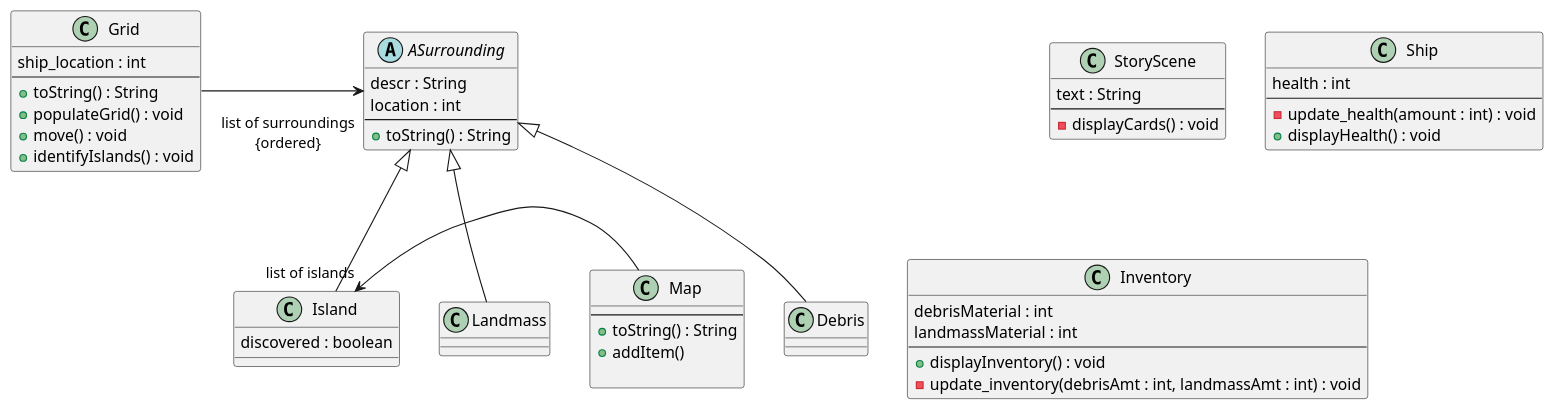
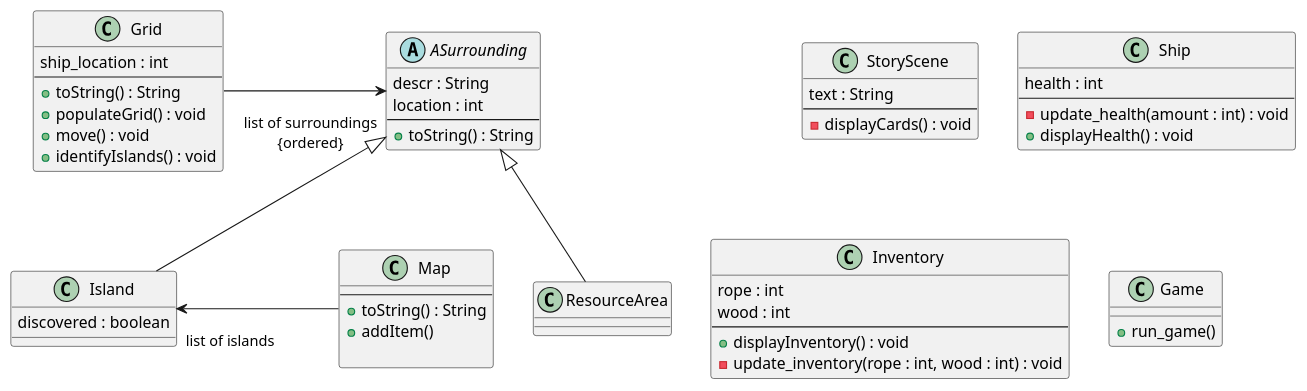
One commit to emutchek/MaraudersAtSea changed the diagram in CMPU_203_PirateGame/doc/design.md. Above: the diagram before and after it, drawn with PlantUML. The commit also changed other lines of this file and 1 other file, not shown here.

````diff
--- a/CMPU_203_PirateGame/doc/design.md
+++ b/CMPU_203_PirateGame/doc/design.md
@@ -1,60 +1,61 @@
 ```PlantUML
 @startuml
 
 class Grid {
     ship_location : int
     --
     +toString() : String
     +populateGrid() : void
     +move() : void
     +identifyIslands() : void
 }
 Grid ->  "\nlist of surroundings\n{ordered}" ASurrounding : \t\t\t\t
 
 abstract class ASurrounding {
     descr : String
     location : int 
     --
     +toString() : String
 }
 ASurrounding <|-- Island
-ASurrounding <|-- Landmass
-ASurrounding <|-- Debris
+ASurrounding <|-- ResourceArea
 
-class Landmass {}
-class Debris {}
+class ResourceArea {}
 class Island {
     discovered : boolean
 }
-
 
 class Map {
 --
     +toString() : String
     +addItem() 
 
 }
 Map ->  "\nlist of islands" Island : \t\t\t\t
 
 class StoryScene {
     text : String
     --
     -displayCards() : void
 }
 
 class Ship {
     health : int
     --
     -update_health(amount : int) : void
     +displayHealth() : void
 }
 
 class Inventory {
-    debrisMaterial : int
-    landmassMaterial : int 
+    rope : int
+    wood : int 
     --
     +displayInventory() : void
-    -update_inventory(debrisAmt : int, landmassAmt : int) : void
+    -update_inventory(rope : int, wood : int) : void
+}
+
+class Game {
+    +run_game()
 }
 @enduml
 ```
````
